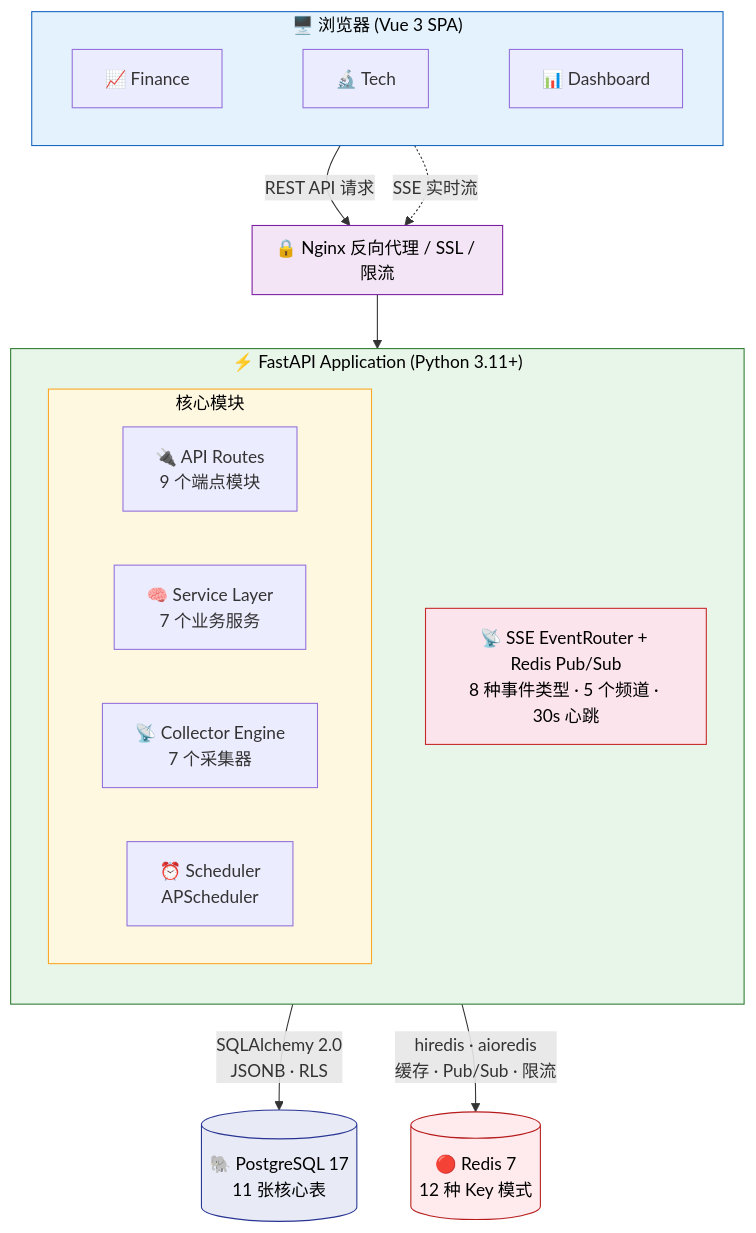
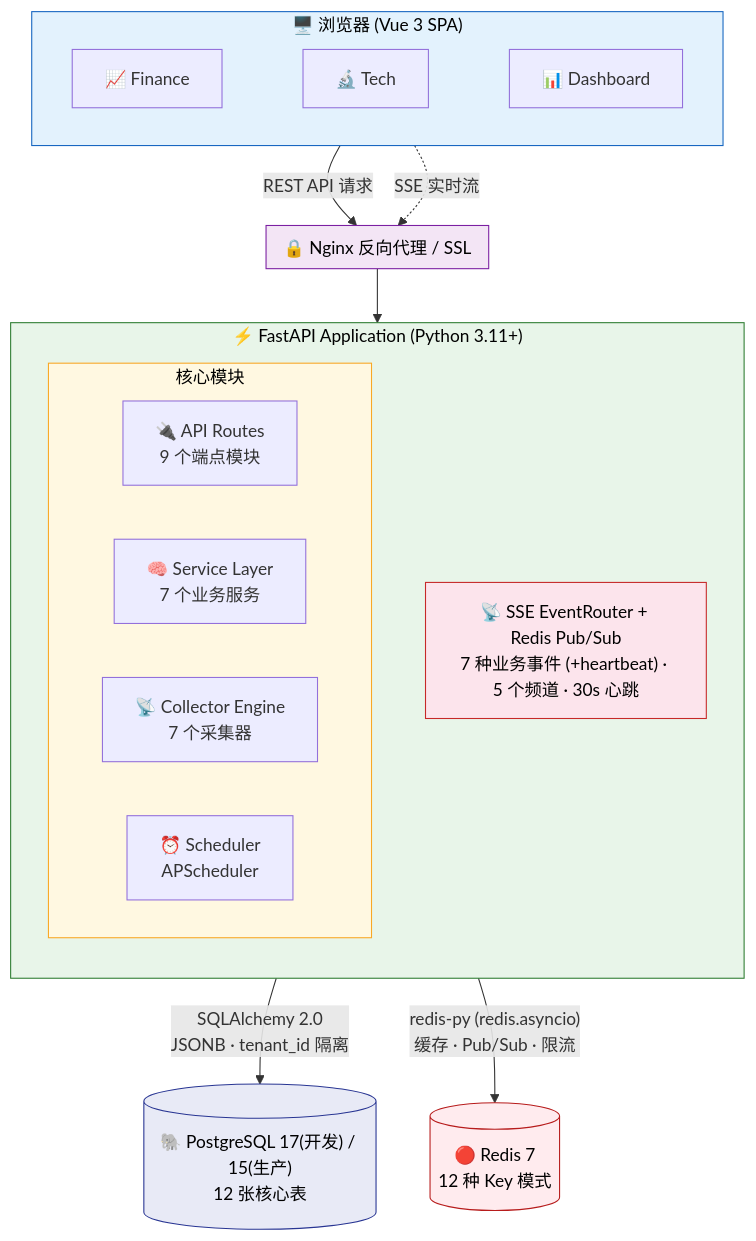
The first of 2 diagrams in README.md (onceme/instantboard), drawn with Mermaid before and after one commit. The commit also changed other lines of this file and 14 other files, not shown here.

````diff
--- a/README.md
+++ b/README.md
@@ -89,41 +89,41 @@
 ```mermaid
 graph TB
     subgraph Browser["🖥️ 浏览器 (Vue 3 SPA)"]
         direction LR
         Finance["📈 Finance"] ~~~ Tech["🔬 Tech"] ~~~ Dashboard["📊 Dashboard"]
     end
 
     Browser -->|"REST API 请求"| Nginx
     Browser -.->|"SSE 实时流"| Nginx
 
-    subgraph Nginx["🔒 Nginx 反向代理 / SSL / 限流"]
+    subgraph Nginx["🔒 Nginx 反向代理 / SSL"]
     end
 
     Nginx --> App
 
     subgraph App["⚡ FastAPI Application (Python 3.11+)"]
         direction TB
         subgraph Modules["核心模块"]
             direction LR
             API["🔌 API Routes<br/>9 个端点模块"]
             Service["🧠 Service Layer<br/>7 个业务服务"]
             Collector["📡 Collector Engine<br/>7 个采集器"]
             Scheduler["⏰ Scheduler<br/>APScheduler"]
         end
-        SSE["📡 SSE EventRouter + Redis Pub/Sub<br/>8 种事件类型 · 5 个频道 · 30s 心跳"]
+        SSE["📡 SSE EventRouter + Redis Pub/Sub<br/>7 种业务事件 (+heartbeat) · 5 个频道 · 30s 心跳"]
     end
 
-    App -->|"SQLAlchemy 2.0<br/>JSONB · RLS"| PG
-    App -->|"hiredis · aioredis<br/>缓存 · Pub/Sub · 限流"| Redis
+    App -->|"SQLAlchemy 2.0<br/>JSONB · tenant_id 隔离"| PG
+    App -->|"redis-py (redis.asyncio)<br/>缓存 · Pub/Sub · 限流"| Redis
 
-    PG[("🐘 PostgreSQL 17<br/>11 张核心表")]
+    PG[("🐘 PostgreSQL 17(开发) / 15(生产)<br/>12 张核心表")]
     Redis[("🔴 Redis 7<br/>12 种 Key 模式")]
 
     style Browser fill:#e3f2fd,stroke:#1565c0,color:#000
     style Nginx fill:#f3e5f5,stroke:#7b1fa2,color:#000
     style App fill:#e8f5e9,stroke:#2e7d32,color:#000
     style Modules fill:#fff8e1,stroke:#f9a825,color:#000
     style SSE fill:#fce4ec,stroke:#c62828,color:#000
     style PG fill:#e8eaf6,stroke:#283593,color:#000
     style Redis fill:#ffebee,stroke:#b71c1c,color:#000
 ```
````
